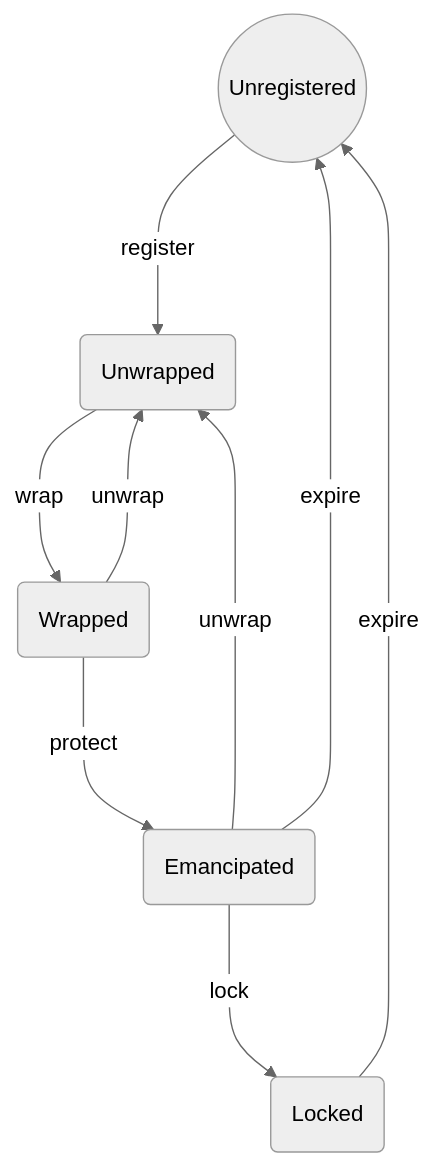
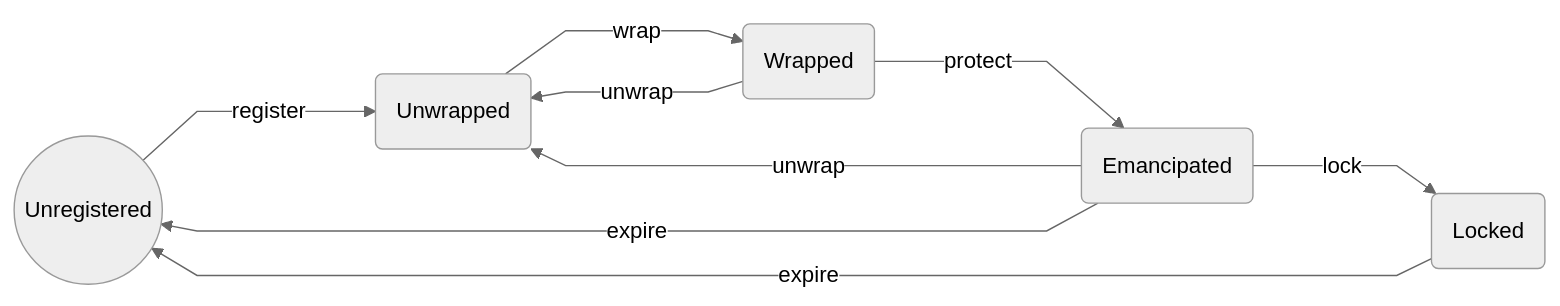
Before and after one commit to ensdomains/ens-support-docs: the diagram in docs/dev-basics/namewrapper/states.mdx, drawn with Mermaid (neutral theme). The commit also changed other lines of this file and 32 other files, not shown here.

````diff
--- a/docs/dev-basics/namewrapper/states.mdx
+++ b/docs/dev-basics/namewrapper/states.mdx
@@ -30,16 +17,22 @@
 ```mermaid
-graph TD;
+%%{
+  init: {
+    'flowchart': {
+      'curve': 'linear'
+      } } }%%
+
+graph LR;
   unregistered((Unregistered));
   unwrapped(Unwrapped);
   wrapped(Wrapped);
   emancipated(Emancipated);
   locked(Locked);
   unregistered--->|register|unwrapped;
   unwrapped--->|wrap|wrapped;
   wrapped--->|unwrap|unwrapped;
   wrapped--->|protect|emancipated;
   emancipated--->|lock|locked;
   emancipated--->|unwrap|unwrapped;
   emancipated--->|expire|unregistered;
   locked-->|expire|unregistered;
 ```
````
